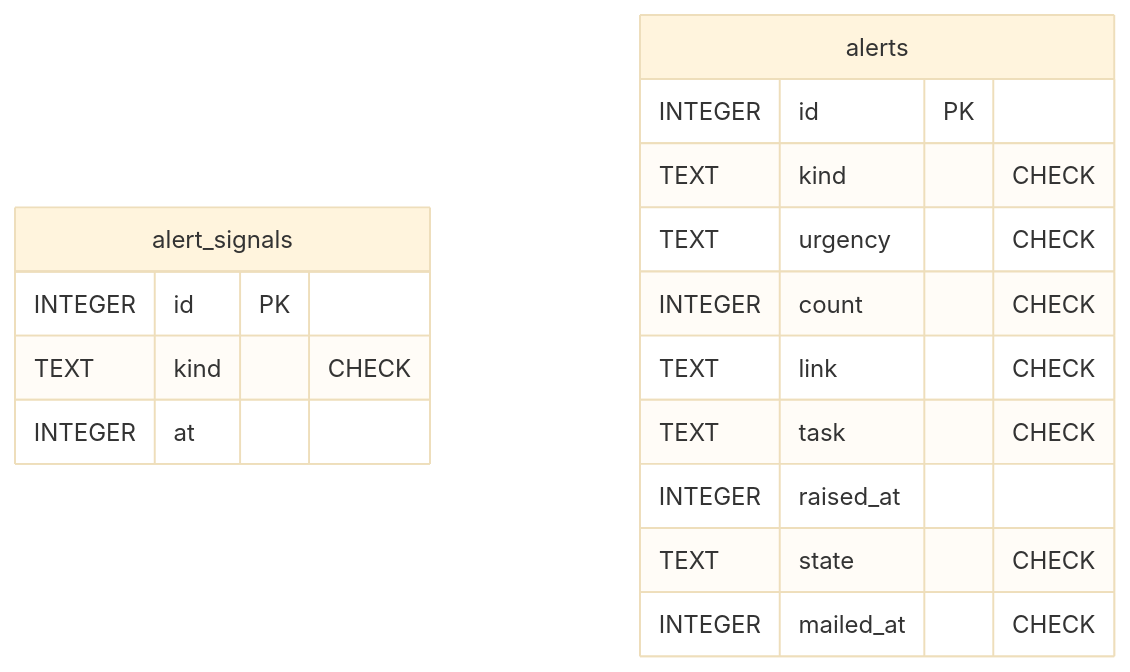
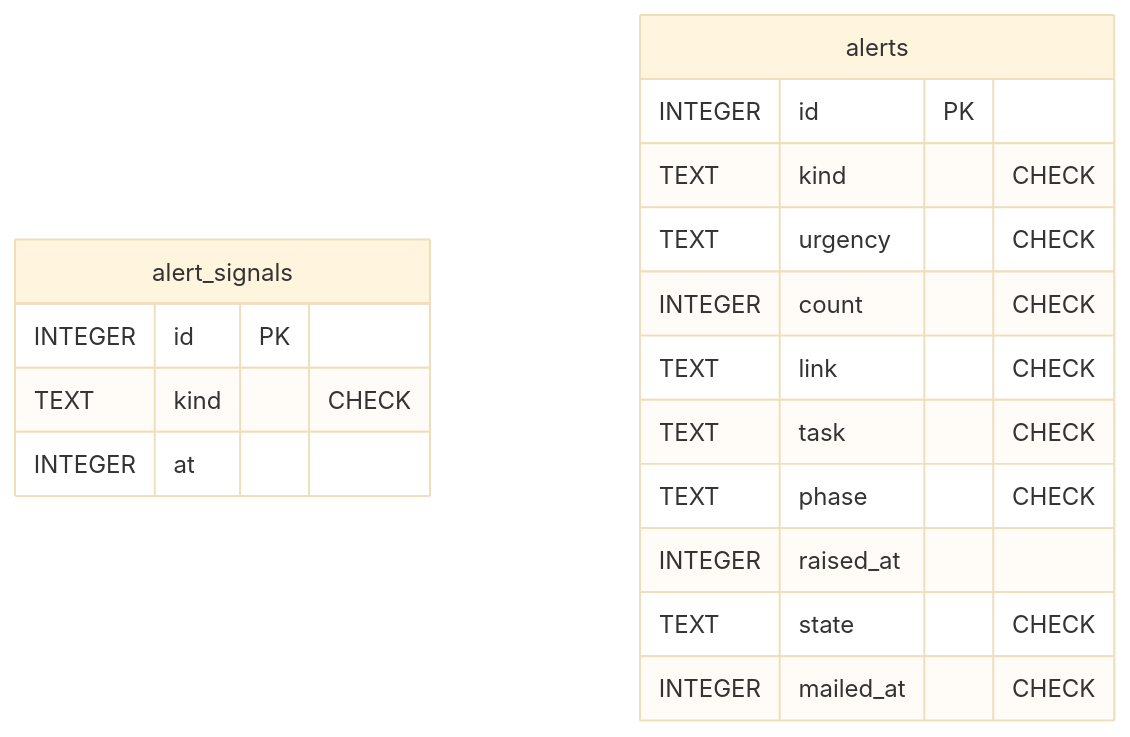
One commit to piconic-ai/slide changed diagram 11 of 12 in docs/dev/er-diagram.md. Above: the diagram before and after it, drawn with Mermaid (base theme). The commit also changed 14 other files, not shown here.

````diff
--- a/docs/dev/er-diagram.md
+++ b/docs/dev/er-diagram.md
@@ -534,19 +534,20 @@
 ```mermaid
 erDiagram
     alert_signals {
         INTEGER id PK
         TEXT kind "CHECK"
         INTEGER at
     }
     alerts {
         INTEGER id PK
         TEXT kind "CHECK"
         TEXT urgency "CHECK"
         INTEGER count "CHECK"
         TEXT link "CHECK"
         TEXT task "CHECK"
+        TEXT phase "CHECK"
         INTEGER raised_at
         TEXT state "CHECK"
         INTEGER mailed_at "CHECK"
     }
 ```
````
